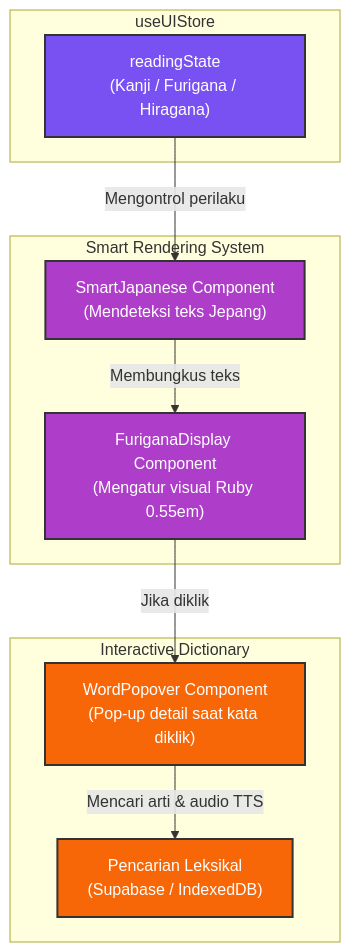
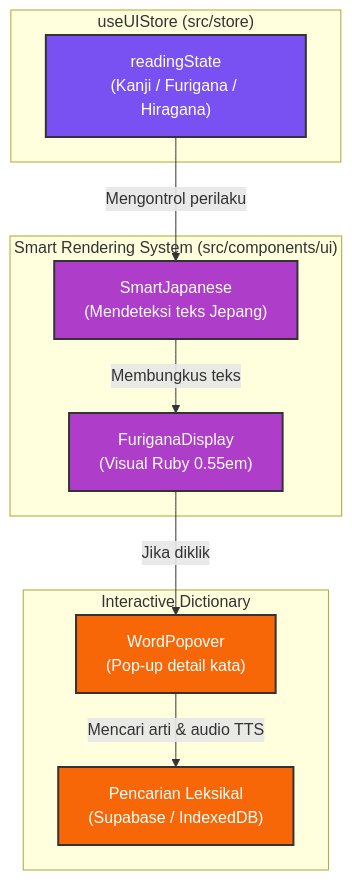
One commit to zan-118/nihongoroute changed the third of 4 diagrams in architecture_visual.md. Above: the diagram before and after it, drawn with Mermaid. The commit also changed other lines of this file and 99 other files, not shown here.

````diff
--- a/architecture_visual.md
+++ b/architecture_visual.md
@@ -101,31 +101,31 @@
 ```mermaid
 graph TD
-    subgraph UIStore ["useUIStore"]
+    subgraph UIStore ["useUIStore (src/store)"]
         ReadingState["readingState<br/>(Kanji / Furigana / Hiragana)"]
     end
 
-    subgraph Rendering ["Smart Rendering System"]
-        SmartJapanese["SmartJapanese Component<br/>(Mendeteksi teks Jepang)"]
-        FuriganaDisplay["FuriganaDisplay Component<br/>(Mengatur visual Ruby 0.55em)"]
+    subgraph Rendering ["Smart Rendering System (src/components/ui)"]
+        SmartJapanese["SmartJapanese<br/>(Mendeteksi teks Jepang)"]
+        FuriganaDisplay["FuriganaDisplay<br/>(Visual Ruby 0.55em)"]
     end
 
     subgraph Interaction ["Interactive Dictionary"]
-        WordPopover["WordPopover Component<br/>(Pop-up detail saat kata diklik)"]
+        WordPopover["WordPopover<br/>(Pop-up detail kata)"]
         DictionaryQuery["Pencarian Leksikal<br/>(Supabase / IndexedDB)"]
     end
 
     %% Flows
     ReadingState -->|Mengontrol perilaku| SmartJapanese
     SmartJapanese -->|Membungkus teks| FuriganaDisplay
     FuriganaDisplay -->|Jika diklik| WordPopover
     WordPopover -->|Mencari arti & audio TTS| DictionaryQuery
     
     %% Styling
     classDef store fill:#7950f2,stroke:#333,stroke-width:2px,color:#fff;
     classDef render fill:#ae3ec9,stroke:#333,stroke-width:2px,color:#fff;
     classDef interact fill:#f76707,stroke:#333,stroke-width:2px,color:#fff;
     
     class ReadingState store;
     class SmartJapanese,FuriganaDisplay render;
     class WordPopover,DictionaryQuery interact;
 ```
````
